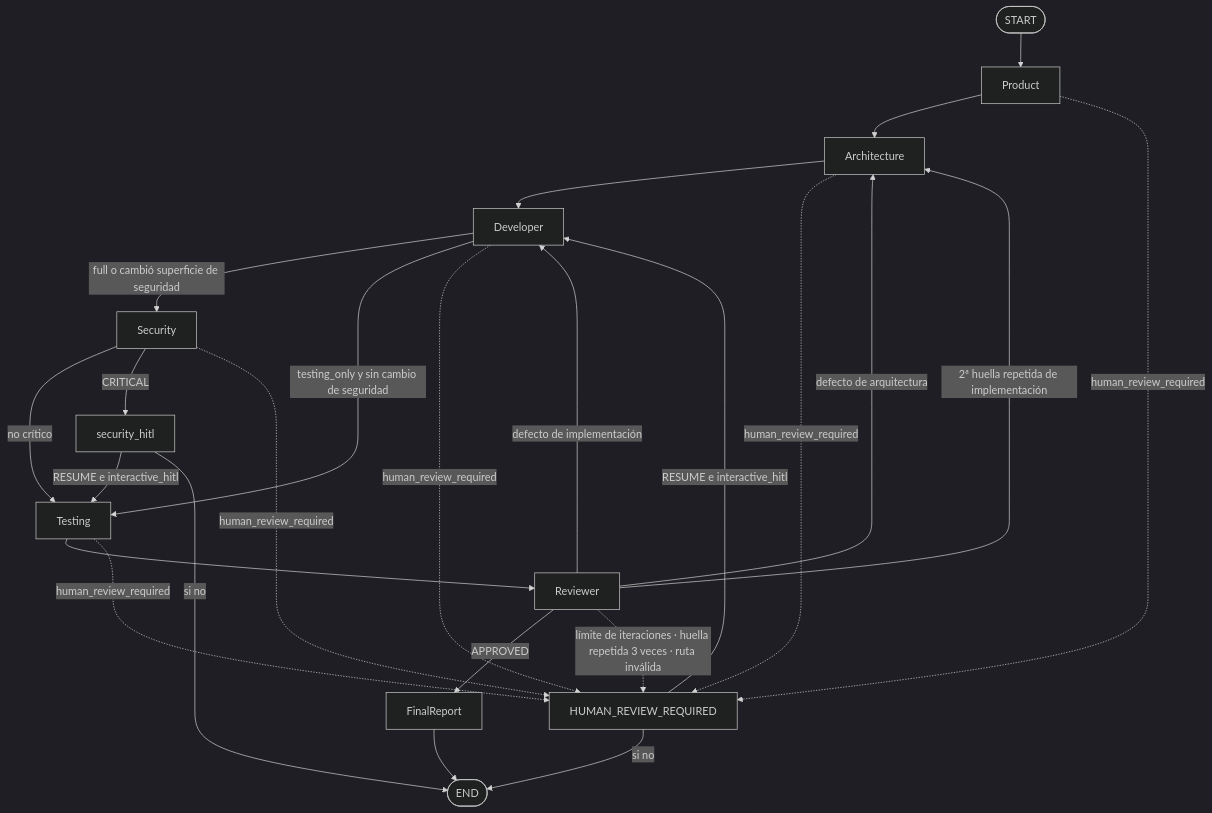
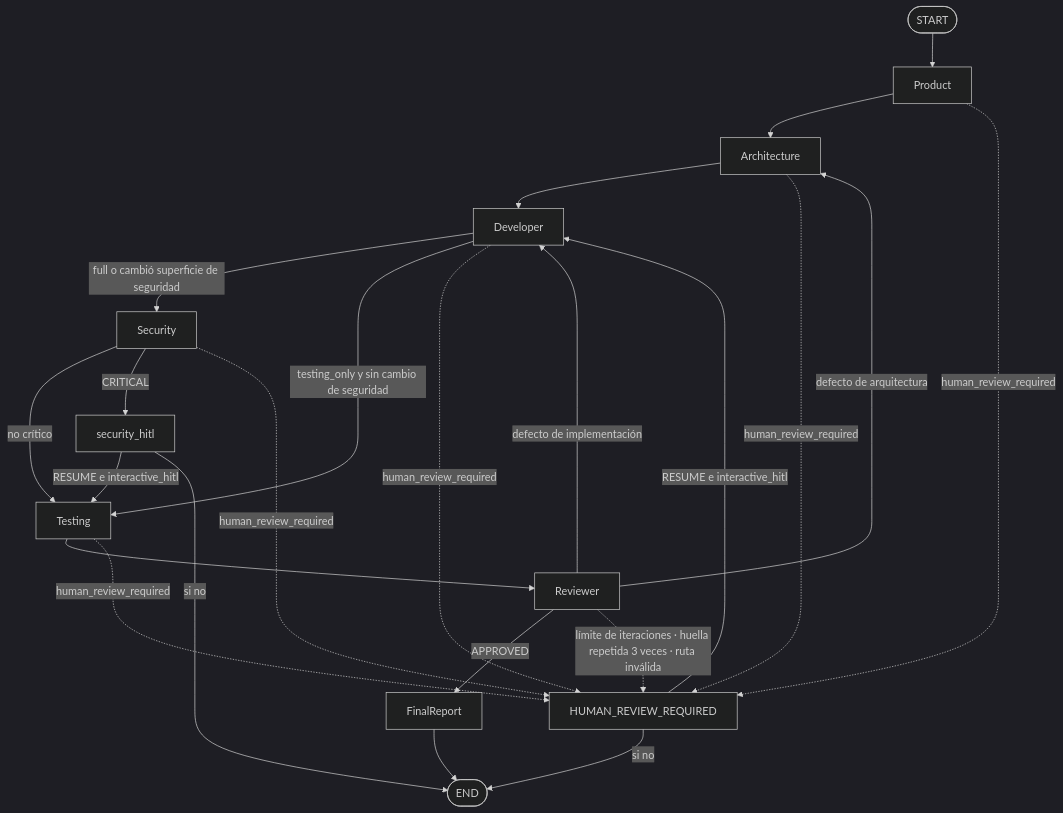
The second of 2 diagrams in docs/architecture/overview.md (full-stack-dev-johncastrosanabria/MultiAgent-Software-Engineering-Team.), drawn with Mermaid (dark theme) before and after one commit. The commit also changed other lines of this file and 7 other files, not shown here.

First line of the commit message:
fix(graph): fingerprint failures by class and count repeats across the run

````diff
--- a/docs/architecture/overview.md
+++ b/docs/architecture/overview.md
@@ -112,28 +112,27 @@
 ```mermaid
 flowchart TD
   S([START]) --> P[Product]
   P --> A[Architecture]
   A --> D[Developer]
   D -->|"full o cambió superficie de seguridad"| SEC[Security]
   D -->|"testing_only y sin cambio de seguridad"| T[Testing]
   SEC -->|"no crítico"| T
   SEC -->|"CRITICAL"| SH[security_hitl]
   T --> R[Reviewer]
   R -->|APPROVED| F[FinalReport]
   R -->|"defecto de arquitectura"| A
   R -->|"defecto de implementación"| D
   F --> E([END])
 
   P -.->|human_review_required| H[HUMAN_REVIEW_REQUIRED]
   A -.->|human_review_required| H
   D -.->|human_review_required| H
   SEC -.->|human_review_required| H
   T -.->|human_review_required| H
-  R -->|"2ª huella repetida de implementación"| A
   R -.->|"límite de iteraciones · huella repetida 3 veces · ruta inválida"| H
 
   H -->|"RESUME e interactive_hitl"| D
   H -->|"si no"| E
   SH -->|"RESUME e interactive_hitl"| T
   SH -->|"si no"| E
 ```
````
